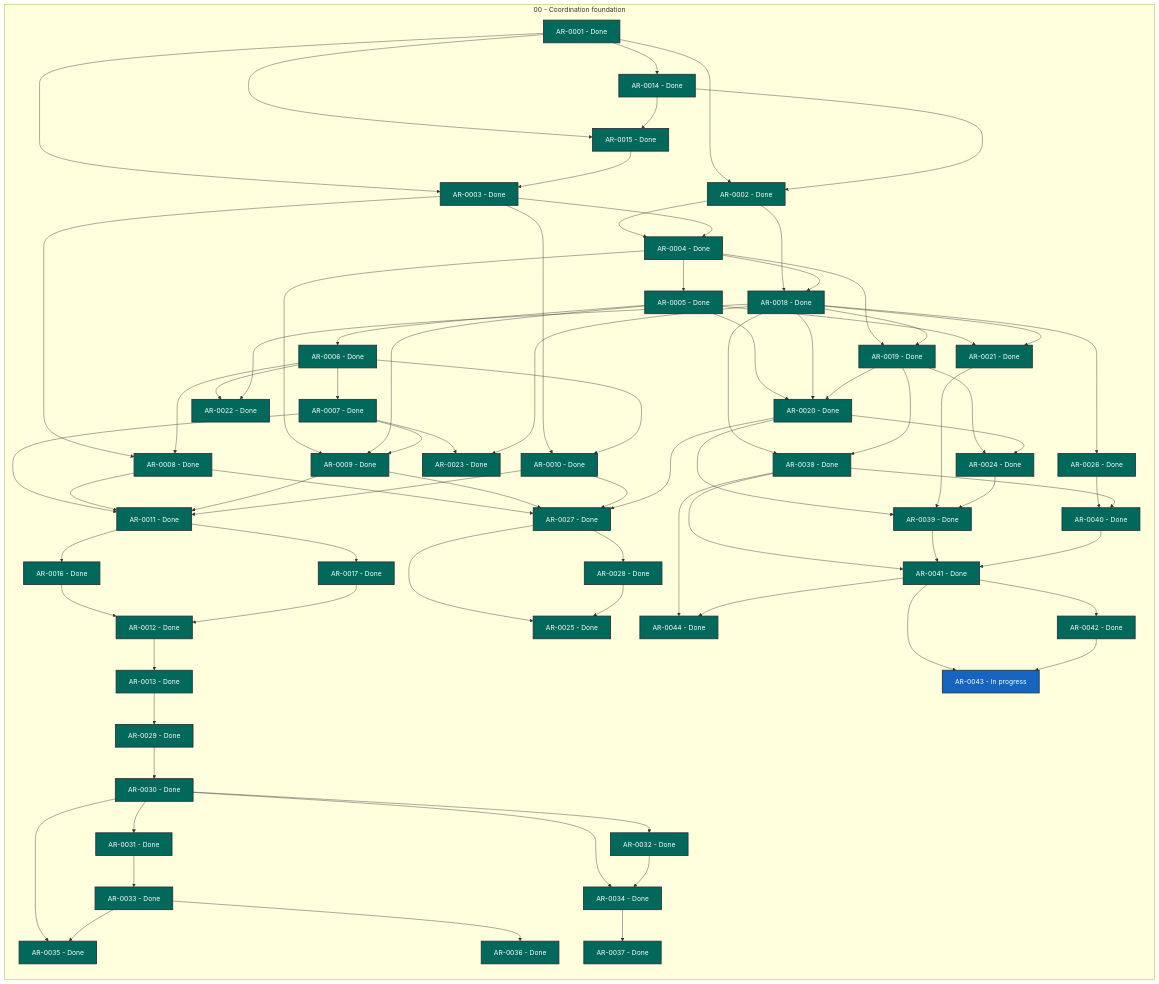
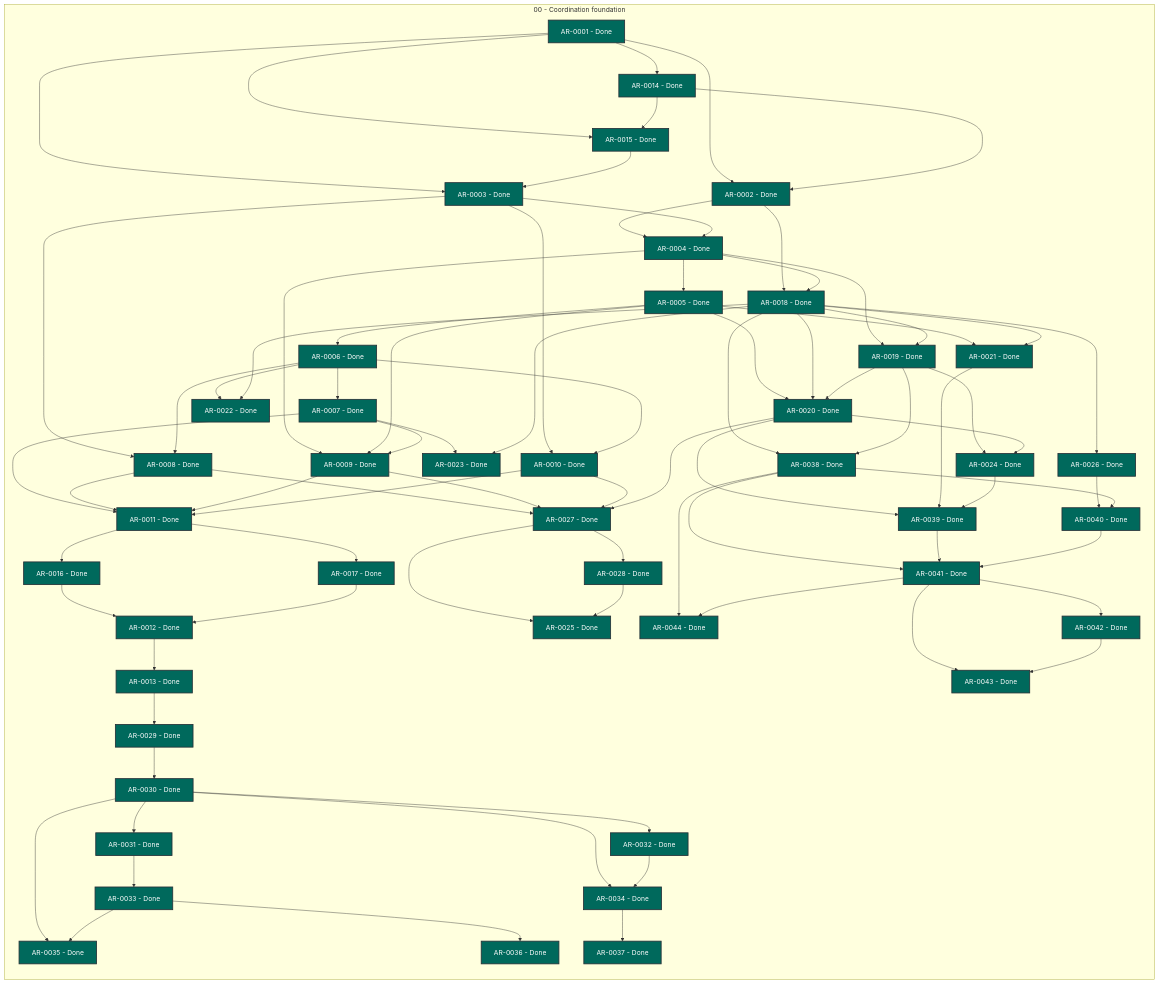
Before and after one commit to martin-beck/agent-workflow-tui-state: the diagram in STATUS.md, drawn with Mermaid. The commit also changed other lines of this file and 2 other files, not shown here.

```diff
--- a/STATUS.md
+++ b/STATUS.md
@@ -70,7 +70,7 @@
         AR_0040["AR-0040 - Done"]:::status_done
         AR_0041["AR-0041 - Done"]:::status_done
         AR_0042["AR-0042 - Done"]:::status_done
-        AR_0043["AR-0043 - In progress"]:::status_in_progress
+        AR_0043["AR-0043 - Done"]:::status_done
         AR_0044["AR-0044 - Done"]:::status_done
     end
     AR_0001 --> AR_0002
```
